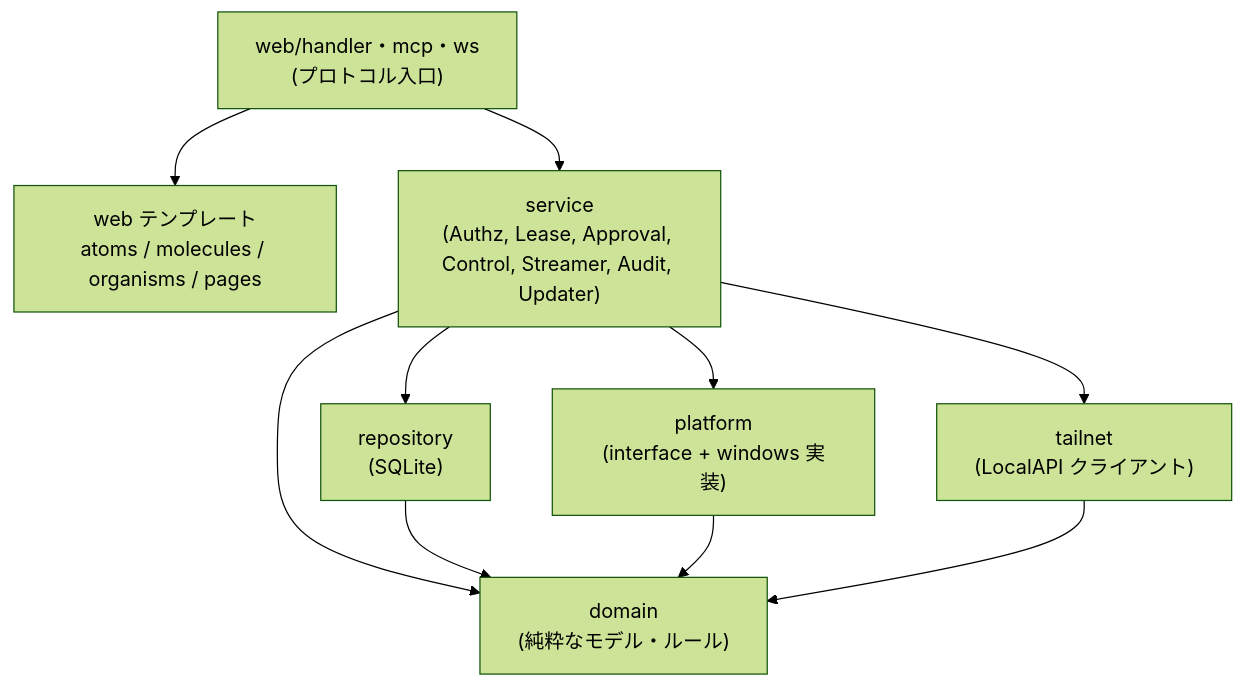
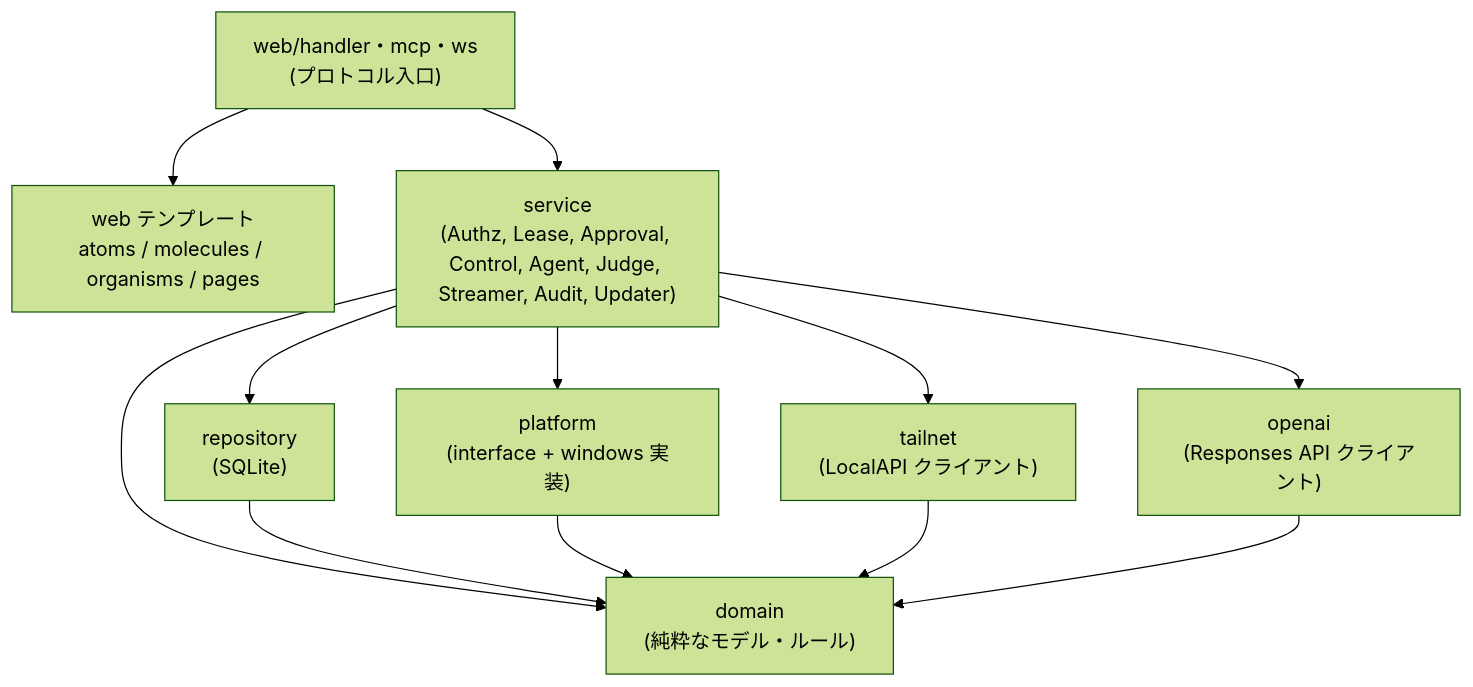
Before and after one commit to ousiassllc/puppet-remo: the second of 9 diagrams in docs/architecture/overview.md, drawn with Mermaid (forest theme). The commit also changed other lines of this file and 4 other files, not shown here.

````diff
--- a/docs/architecture/overview.md
+++ b/docs/architecture/overview.md
@@ -103,19 +123,22 @@
 ```mermaid
 graph TD
     H["web/handler・mcp・ws<br/>(プロトコル入口)"]
     T["web テンプレート<br/>atoms / molecules / organisms / pages"]
-    S["service<br/>(Authz, Lease, Approval, Control, Streamer, Audit, Updater)"]
+    S["service<br/>(Authz, Lease, Approval, Control, Agent, Judge, Streamer, Audit, Updater)"]
     R["repository<br/>(SQLite)"]
     P["platform<br/>(interface + windows 実装)"]
     TN["tailnet<br/>(LocalAPI クライアント)"]
+    OA["openai<br/>(Responses API クライアント)"]
     D["domain<br/>(純粋なモデル・ルール)"]
     H --> S
     H --> T
     S --> R
     S --> P
     S --> TN
     S --> D
     R --> D
     P --> D
     TN --> D
+    S --> OA
+    OA --> D
 ```
````
